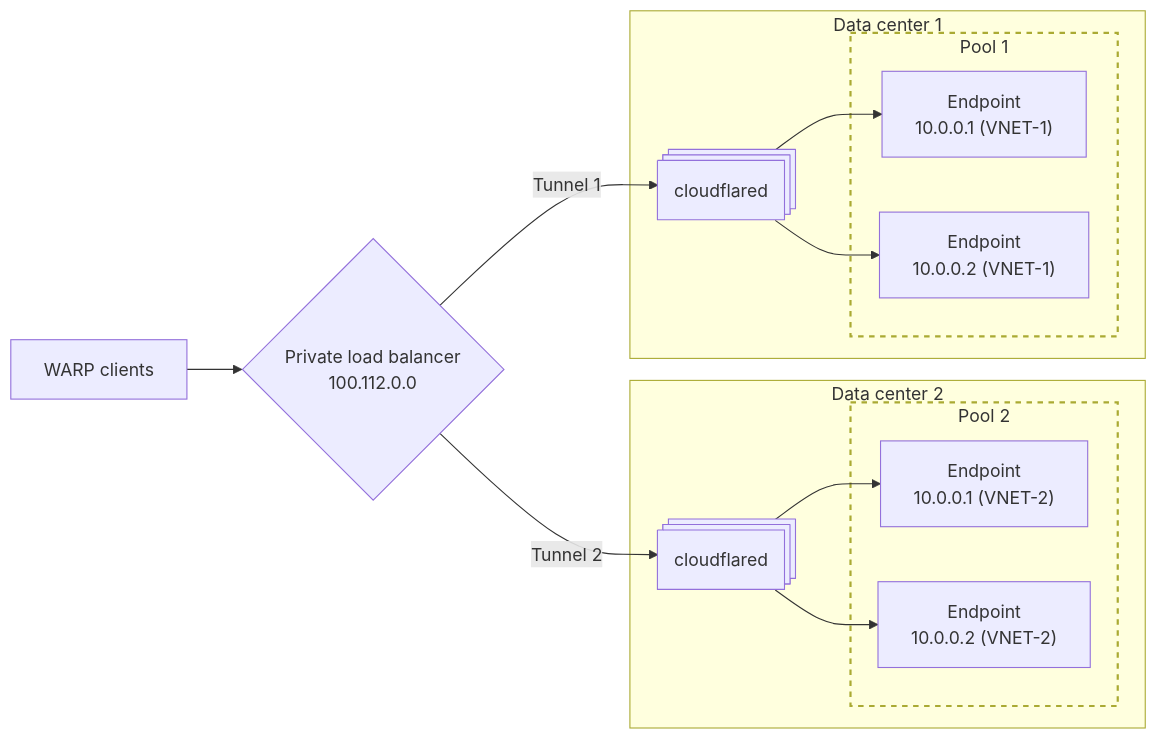
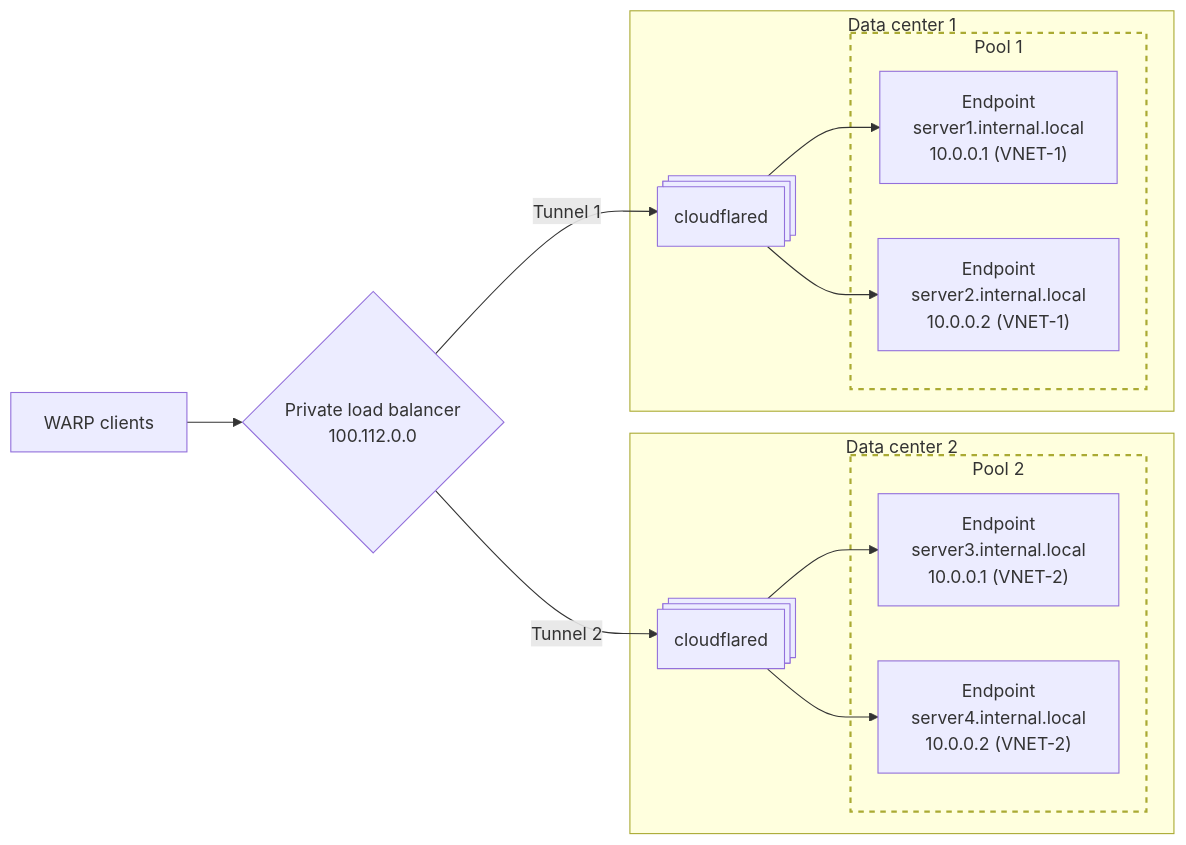
One commit to cloudflare/cloudflare-docs changed the diagram in src/content/docs/load-balancing/private-network/warp-to-tunnel.mdx. Above: the diagram before and after it, drawn with Mermaid. The commit also changed other lines of this file, not shown here.

````diff
--- a/src/content/docs/load-balancing/private-network/warp-to-tunnel.mdx
+++ b/src/content/docs/load-balancing/private-network/warp-to-tunnel.mdx
@@ -16,27 +16,27 @@
 ```mermaid
 graph LR
     W[WARP clients] --> C{Private load balancer <br> 100.112.0.0}
     C -- Tunnel 1 --> cf1
     C -- Tunnel 2 --> cf2
 		subgraph D2[Data center 2]
 			cf2@{ shape: processes, label: "cloudflared" }
 			subgraph F[Pool 2]
-					S3["Endpoint <br> 10.0.0.1 (VNET-2)"]
-					S4["Endpoint <br> 10.0.0.2 (VNET-2)"]
+					S3["Endpoint <br> server3.internal.local <br> 10.0.0.1 (VNET-2)"]
+					S4["Endpoint <br> server4.internal.local <br> 10.0.0.2 (VNET-2)"]
 			end
 			cf2-->S3
 			cf2-->S4
 		end
 		subgraph D1[Data center 1]
 			cf1@{ shape: processes, label: "cloudflared" }
 			subgraph E[Pool 1]
-					S1["Endpoint <br> 10.0.0.1 (VNET-1)"]
-					S2["Endpoint <br> 10.0.0.2 (VNET-1)"]
+					S1["Endpoint <br> server1.internal.local <br> 10.0.0.1 (VNET-1)"]
+					S2["Endpoint <br> server2.internal.local <br> 10.0.0.2 (VNET-1)"]
 			end
 			cf1-->S1
 			cf1-->S2
 		end
 
 		style E stroke-width:2px,stroke-dasharray: 5 5
 		style F stroke-width:2px,stroke-dasharray: 5 5
 ```
````
